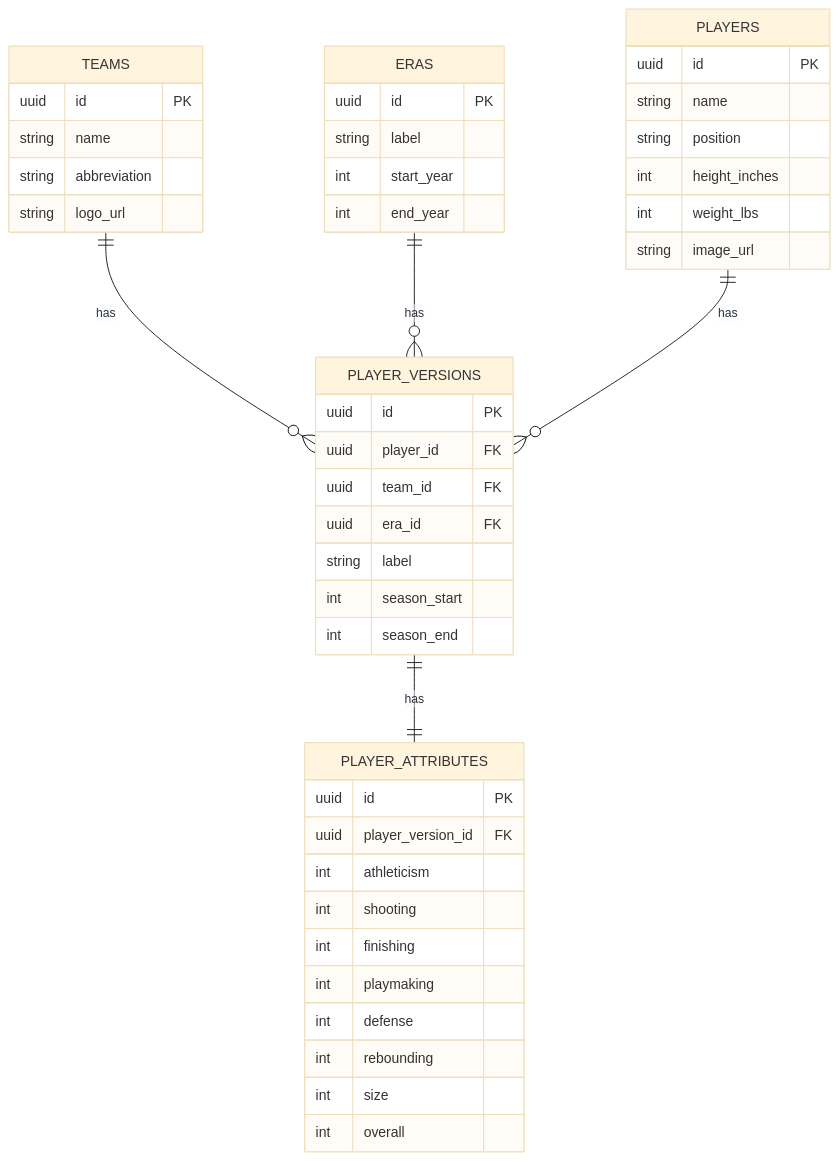
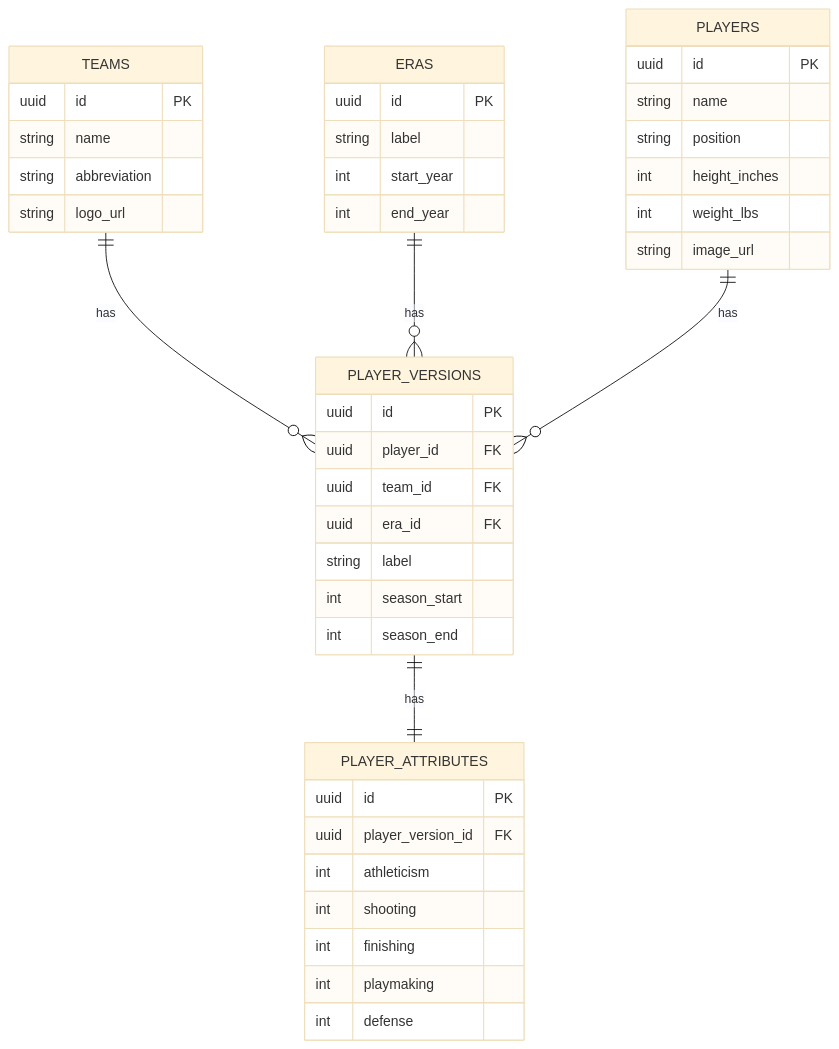
The diagram in agents/architecture/database-schema.md (MatthewRJue/goat-forge), drawn with Mermaid (base theme) before and after one commit. The commit also changed other lines of this file and 9 other files, not shown here.

````diff
--- a/agents/architecture/database-schema.md
+++ b/agents/architecture/database-schema.md
@@ -9,53 +11,50 @@
 ```mermaid
 erDiagram
     TEAMS ||--o{ PLAYER_VERSIONS : has
     ERAS ||--o{ PLAYER_VERSIONS : has
     PLAYERS ||--o{ PLAYER_VERSIONS : has
     PLAYER_VERSIONS ||--|| PLAYER_ATTRIBUTES : has
 
     TEAMS {
         uuid id PK
         string name
         string abbreviation
         string logo_url
     }
 
     ERAS {
         uuid id PK
         string label
         int start_year
         int end_year
     }
 
     PLAYERS {
         uuid id PK
         string name
         string position
         int height_inches
         int weight_lbs
         string image_url
     }
 
     PLAYER_VERSIONS {
         uuid id PK
         uuid player_id FK
         uuid team_id FK
         uuid era_id FK
         string label
         int season_start
         int season_end
     }
 
     PLAYER_ATTRIBUTES {
         uuid id PK
         uuid player_version_id FK
         int athleticism
         int shooting
         int finishing
         int playmaking
         int defense
-        int rebounding
-        int size
-        int overall
     }
 ```
````
